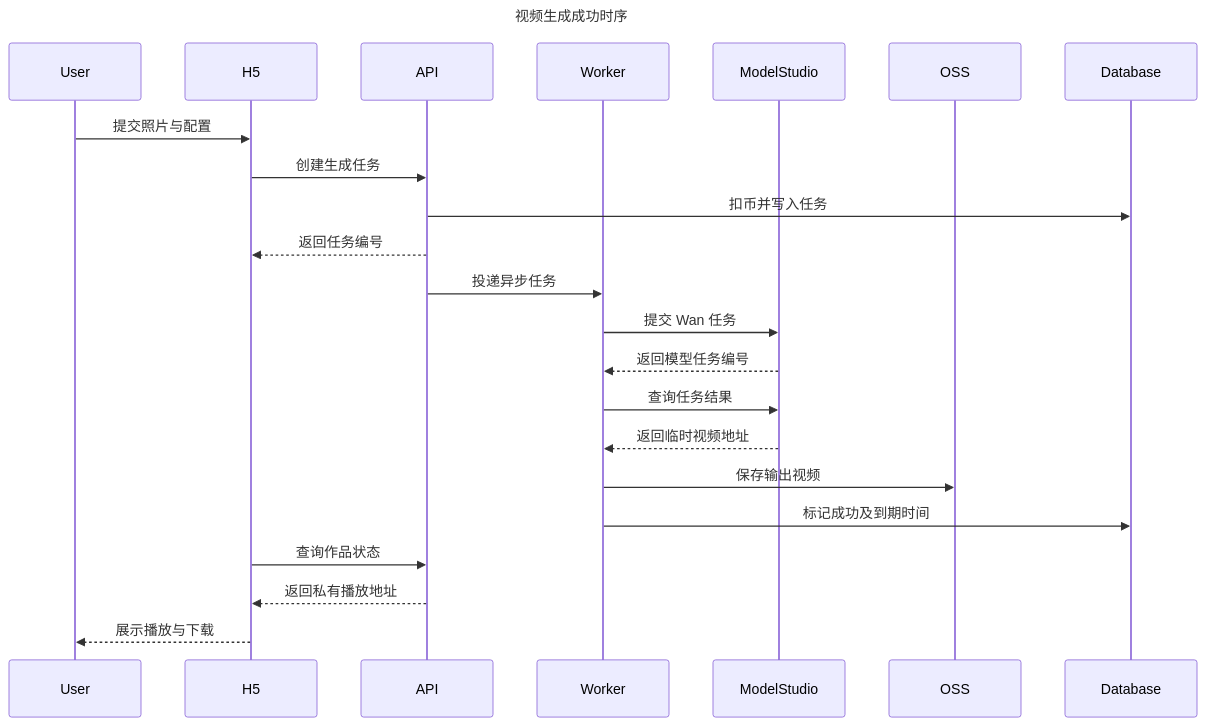
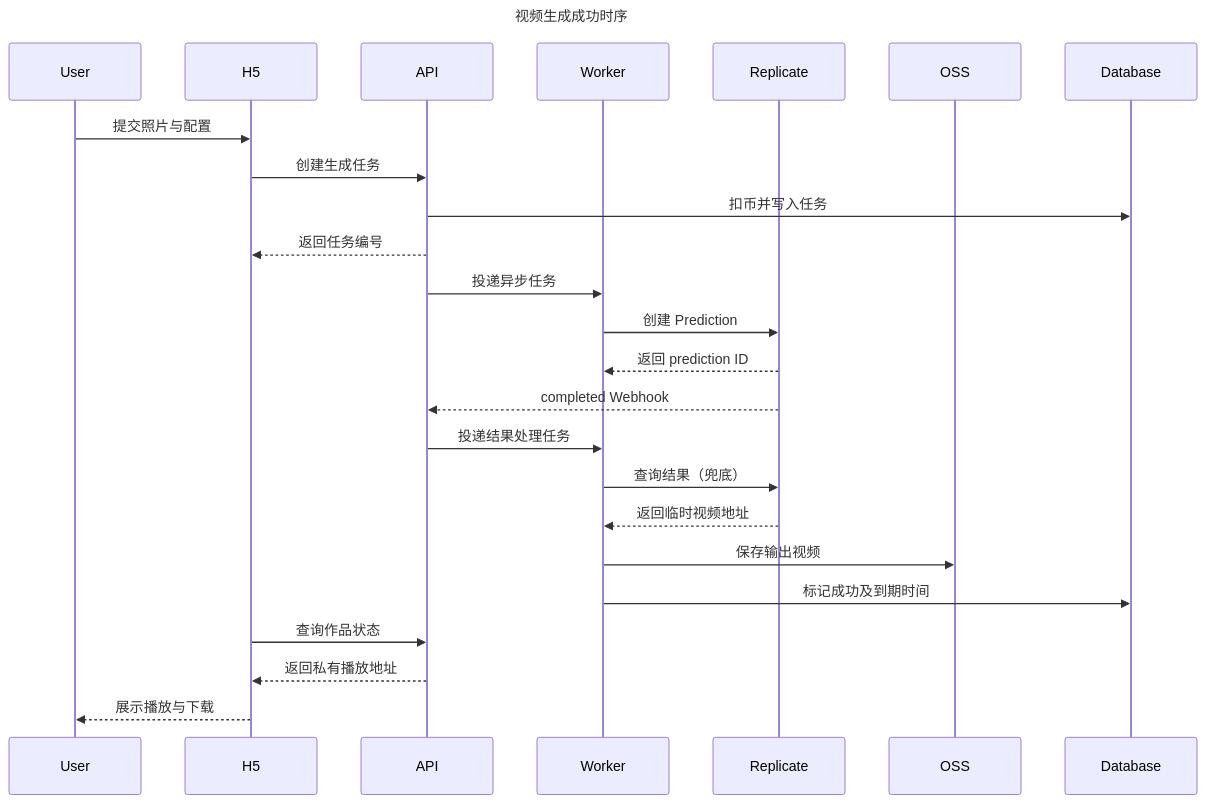
The diagram in outputs/vireal-wan-video-h5/flowcharts/02_generation_sequence_v1.0.mmd (houdzaiw/vireal), drawn with Mermaid before and after one commit. The commit also changed other lines of this file and 7 other files, not shown here.

```diff
--- a/outputs/vireal-wan-video-h5/flowcharts/02_generation_sequence_v1.0.mmd
+++ b/outputs/vireal-wan-video-h5/flowcharts/02_generation_sequence_v1.0.mmd
@@ -1,24 +1,26 @@
 sequenceDiagram
     title 视频生成成功时序
     participant User
     participant H5
     participant API
     participant Worker
-    participant ModelStudio
+    participant Replicate
     participant OSS
     participant Database
 
     User->>H5: 提交照片与配置
     H5->>API: 创建生成任务
     API->>Database: 扣币并写入任务
     API-->>H5: 返回任务编号
     API->>Worker: 投递异步任务
-    Worker->>ModelStudio: 提交 Wan 任务
-    ModelStudio-->>Worker: 返回模型任务编号
-    Worker->>ModelStudio: 查询任务结果
-    ModelStudio-->>Worker: 返回临时视频地址
+    Worker->>Replicate: 创建 Prediction
+    Replicate-->>Worker: 返回 prediction ID
+    Replicate-->>API: completed Webhook
+    API->>Worker: 投递结果处理任务
+    Worker->>Replicate: 查询结果（兜底）
+    Replicate-->>Worker: 返回临时视频地址
     Worker->>OSS: 保存输出视频
     Worker->>Database: 标记成功及到期时间
     H5->>API: 查询作品状态
     API-->>H5: 返回私有播放地址
     H5-->>User: 展示播放与下载
```
